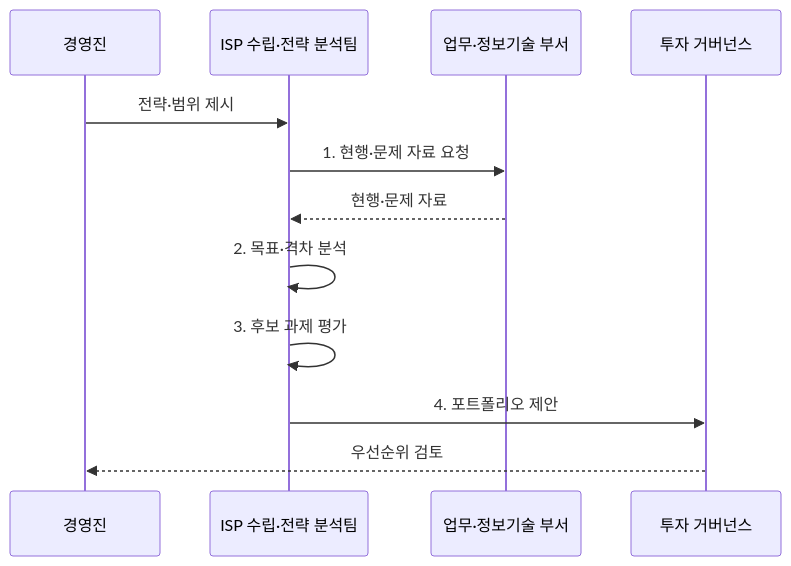
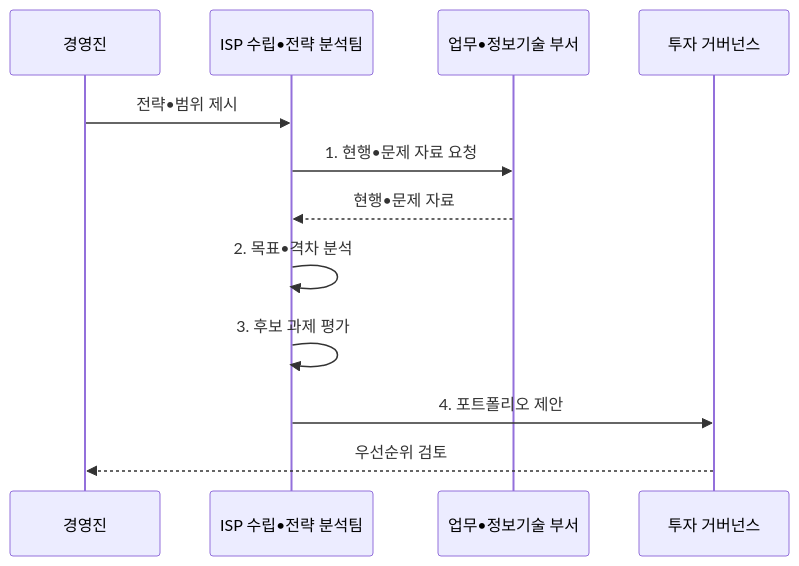
One commit to agnusdei1207/knowledge-base changed the second of 2 diagrams in src/content/docs/notes/03-software/188_isp.md. Above: the diagram before and after it, drawn with Mermaid. The commit also changed other lines of this file and 953 other files, not shown here.

````diff
--- a/src/content/docs/notes/03-software/188_isp.md
+++ b/src/content/docs/notes/03-software/188_isp.md
@@ -105,14 +105,14 @@
 ```mermaid
 sequenceDiagram
     participant E as 경영진
-    participant T as ISP 수립·전략 분석팀
-    participant B as 업무·정보기술 부서
+    participant T as ISP 수립•전략 분석팀
+    participant B as 업무•정보기술 부서
     participant G as 투자 거버넌스
-    E->>T: 전략·범위 제시
-    T->>B: 1. 현행·문제 자료 요청
-    B-->>T: 현행·문제 자료
-    T->>T: 2. 목표·격차 분석
+    E->>T: 전략•범위 제시
+    T->>B: 1. 현행•문제 자료 요청
+    B-->>T: 현행•문제 자료
+    T->>T: 2. 목표•격차 분석
     T->>T: 3. 후보 과제 평가
     T->>G: 4. 포트폴리오 제안
     G-->>E: 우선순위 검토
 ```
````
